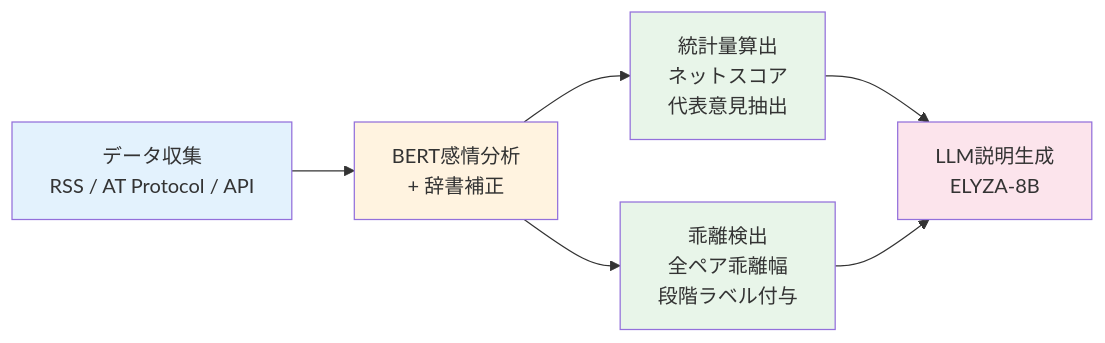
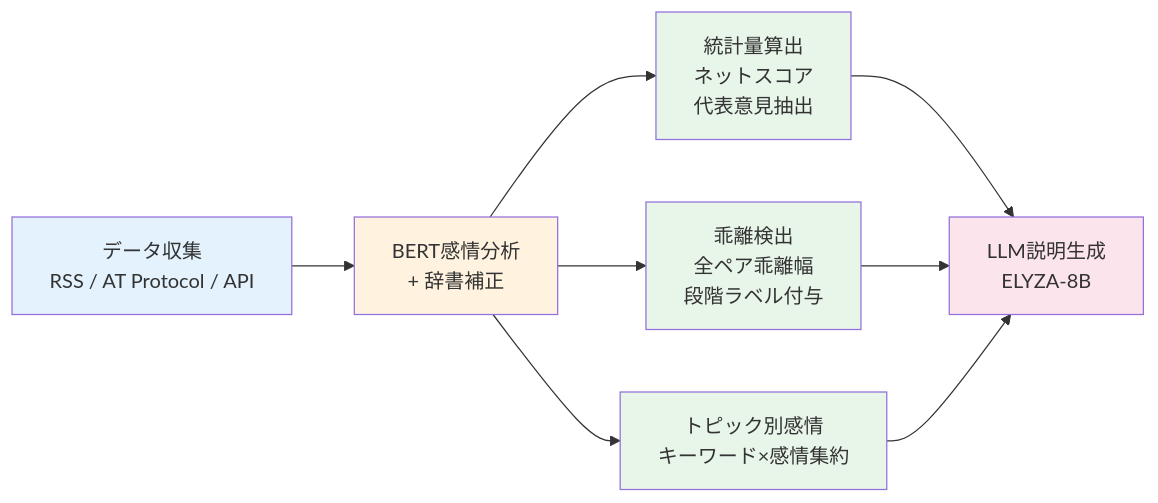
Before and after one commit to yutnagase/trend-insight-ai: the first of 2 diagrams in README.md, drawn with Mermaid. The commit also changed other lines of this file and 4 other files, not shown here.

````diff
--- a/README.md
+++ b/README.md
@@ -68,14 +71,17 @@
 ```mermaid
 flowchart LR
     A[データ収集<br/>RSS / AT Protocol / API] --> B[BERT感情分析<br/>+ 辞書補正]
     B --> C[統計量算出<br/>ネットスコア<br/>代表意見抽出]
     B --> D[乖離検出<br/>全ペア乖離幅<br/>段階ラベル付与]
+    B --> F[トピック別感情<br/>キーワード×感情集約]
     C --> E[LLM説明生成<br/>ELYZA-8B]
     D --> E
+    F --> E
 
     style A fill:#e3f2fd
     style B fill:#fff3e0
     style C fill:#e8f5e9
     style D fill:#e8f5e9
+    style F fill:#e8f5e9
     style E fill:#fce4ec
 ```
````
